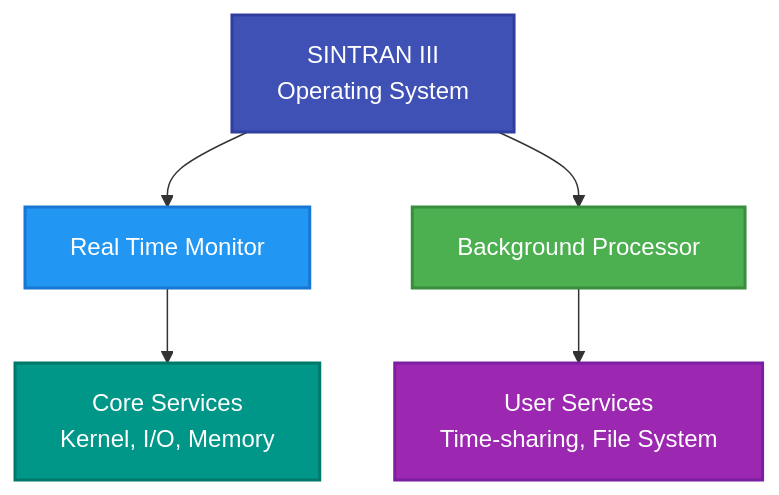
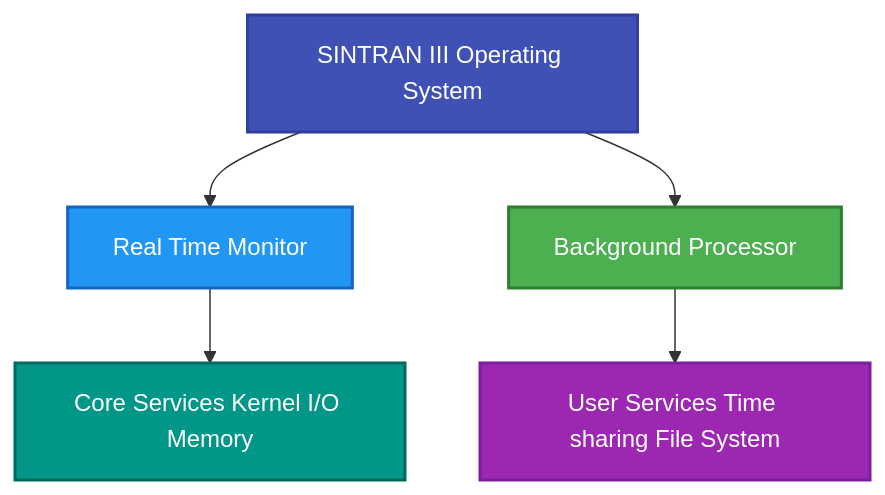
The first of 8 diagrams in SINTRAN/OS/00-SINTRAN-ARCHITECTURE-OVERVIEW.md (HackerCorpLabs/NDInsight), drawn with Mermaid before and after one commit. The commit also changed other lines of this file and 19 other files, not shown here.

Commit message:
Updated Mermaid diagrams

````diff
--- a/SINTRAN/OS/00-SINTRAN-ARCHITECTURE-OVERVIEW.md
+++ b/SINTRAN/OS/00-SINTRAN-ARCHITECTURE-OVERVIEW.md
@@ -64,14 +64,14 @@
 ```mermaid
 graph TD
-    A[SINTRAN III<br/>Operating System] --> B[Real Time Monitor]
+    A[SINTRAN III Operating System] --> B[Real Time Monitor]
     A --> C[Background Processor]
-    
-    B --> D[Core Services<br/>Kernel, I/O, Memory]
-    C --> E[User Services<br/>Time-sharing, File System]
+
+    B --> D[Core Services Kernel I/O Memory]
+    C --> E[User Services Time sharing File System]
     
     style A fill:#3F51B5,stroke:#303F9F,stroke-width:2px,color:#fff
-    style B fill:#2196F3,stroke:#1976D2,stroke-width:2px,color:#fff
-    style C fill:#4CAF50,stroke:#388E3C,stroke-width:2px,color:#fff
-    style D fill:#009688,stroke:#00796B,stroke-width:2px,color:#fff
+    style B fill:#2196F3,stroke:#1565C0,stroke-width:2px,color:#fff
+    style C fill:#4CAF50,stroke:#2E7D32,stroke-width:2px,color:#fff
+    style D fill:#009688,stroke:#00695C,stroke-width:2px,color:#fff
     style E fill:#9C27B0,stroke:#7B1FA2,stroke-width:2px,color:#fff
 ```
````
